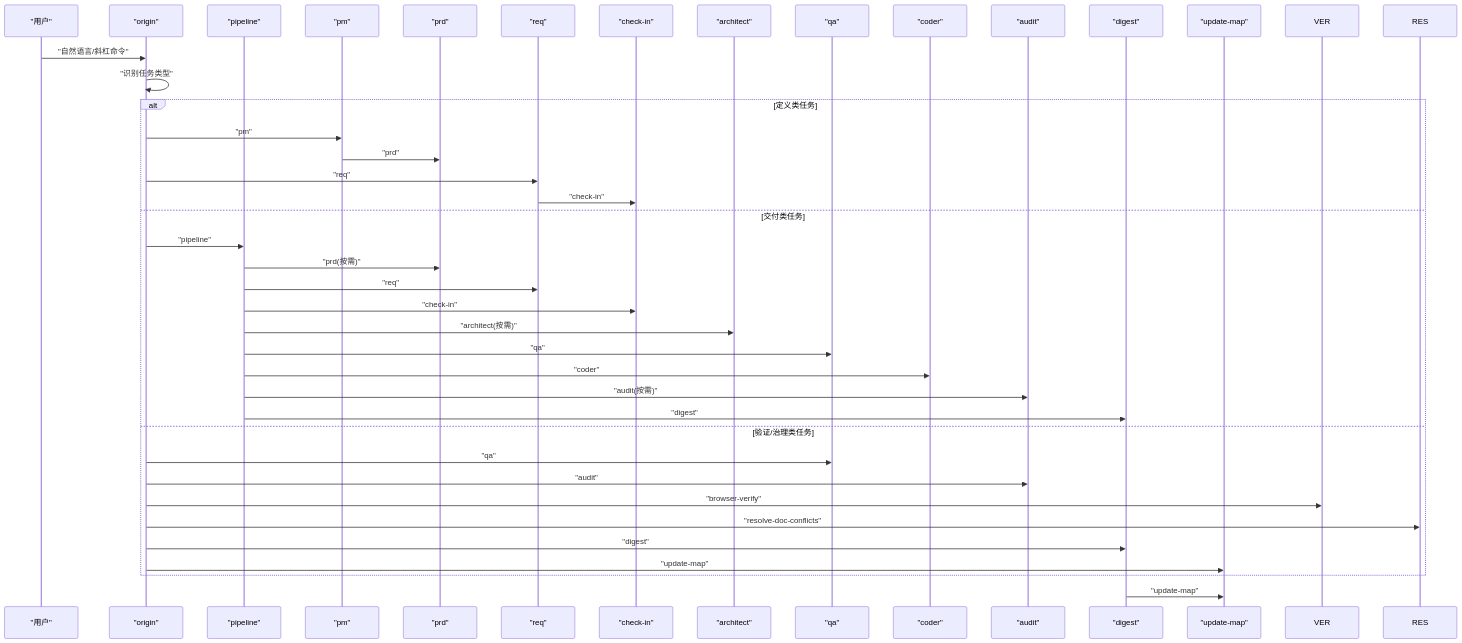
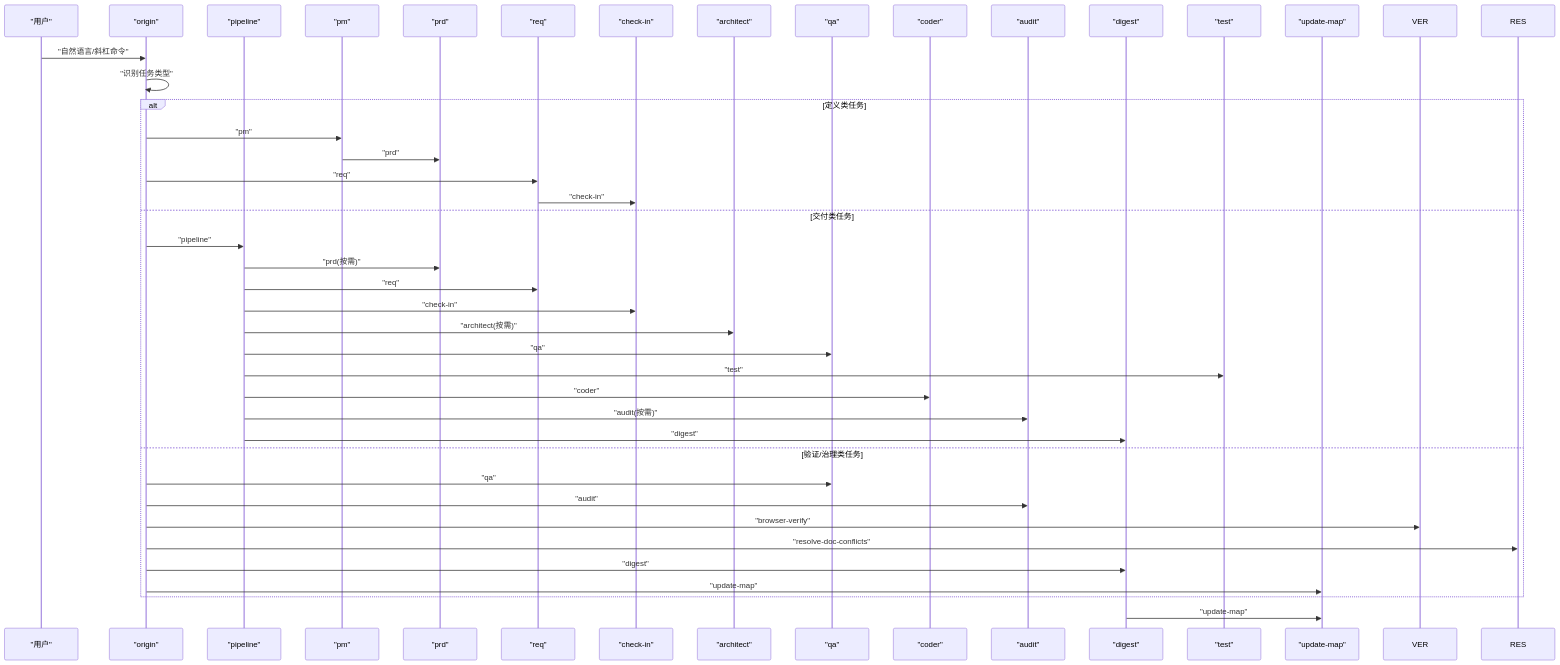
The third of 6 diagrams in .qoder/repowiki/zh/content/项目概述/项目概述.md (CryptoLinxu/Web3-AI-Agent), drawn with Mermaid before and after one commit. The commit also changed other lines of this file and 17 other files, not shown here.

````diff
--- a/.qoder/repowiki/zh/content/项目概述/项目概述.md
+++ b/.qoder/repowiki/zh/content/项目概述/项目概述.md
@@ -195,42 +232,44 @@
 ```mermaid
 sequenceDiagram
 participant U as "用户"
 participant O as "origin"
 participant P as "pipeline"
 participant PM as "pm"
 participant PRD as "prd"
 participant R as "req"
 participant CI as "check-in"
 participant A as "architect"
 participant Q as "qa"
 participant C as "coder"
 participant AU as "audit"
 participant D as "digest"
+participant T as "test"
 participant UM as "update-map"
 U->>O : "自然语言/斜杠命令"
 O->>O : "识别任务类型"
 alt 定义类任务
 O->>PM : "pm"
 PM->>PRD : "prd"
 O->>R : "req"
 R->>CI : "check-in"
 else 交付类任务
 O->>P : "pipeline"
 P->>PRD : "prd(按需)"
 P->>R : "req"
 P->>CI : "check-in"
 P->>A : "architect(按需)"
 P->>Q : "qa"
+P->>T : "test"
 P->>C : "coder"
 P->>AU : "audit(按需)"
 P->>D : "digest"
 else 验证/治理类任务
 O->>Q : "qa"
 O->>AU : "audit"
 O->>VER : "browser-verify"
 O->>RES : "resolve-doc-conflicts"
 O->>D : "digest"
 O->>UM : "update-map"
 end
 D->>UM : "update-map"
 ```
````
